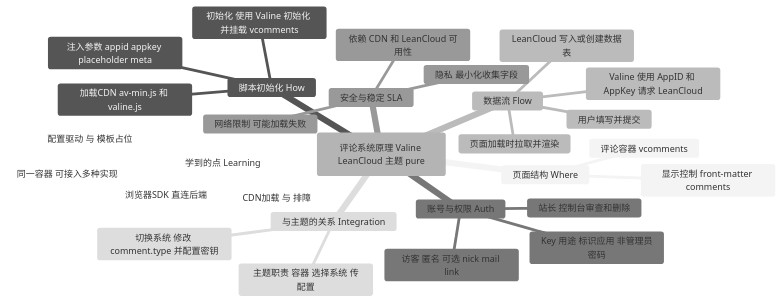
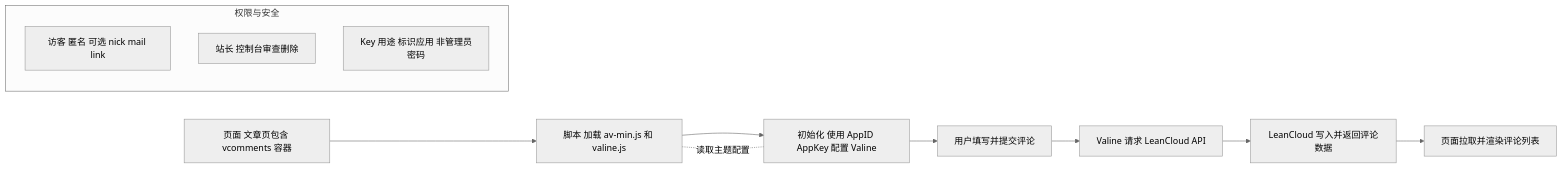
Before and after one commit to Jaxon1216/myblog: the diagram in source/_posts/blog-stuff.md, drawn with Mermaid (neutral theme). The commit also changed other lines of this file and 3 other files, not shown here.

````diff
--- a/source/_posts/blog-stuff.md
+++ b/source/_posts/blog-stuff.md
@@ -252,32 +252,15 @@
 ```mermaid
-mindmap
-  root(评论系统原理 Valine LeanCloud 主题 pure)
-    页面结构 Where
-      评论容器 vcomments
-      显示控制 front-matter comments
-    脚本初始化 How
-      加载CDN av-min.js 和 valine.js
-      注入参数 appid appkey placeholder meta
-      初始化 使用 Valine 初始化 并挂载 vcomments
-    数据流 Flow
-      用户填写并提交
-      Valine 使用 AppID 和 AppKey 请求 LeanCloud
-      LeanCloud 写入或创建数据表
-      页面加载时拉取并渲染
-    账号与权限 Auth
-      访客 匿名 可选 nick mail link
-      站长 控制台审查和删除
-      Key 用途 标识应用 非管理员密码
-    安全与稳定 SLA
-      依赖 CDN 和 LeanCloud 可用性
-      网络限制 可能加载失败
-      隐私 最小化收集字段
-    与主题的关系 Integration
-      主题职责 容器 选择系统 传配置
-      切换系统 修改 comment.type 并配置密钥
-    学到的点 Learning
-      配置驱动 与 模板占位
-      浏览器SDK 直连后端
-      CDN加载 与 排障
-      同一容器 可接入多种实现
+flowchart LR
+  A[页面 文章页包含 vcomments 容器] --> B[脚本 加载 av-min.js 和 valine.js]
+  B --> C[初始化 使用 AppID AppKey 配置 Valine]
+  C --> D[用户填写并提交评论]
+  D --> E[Valine 请求 LeanCloud API]
+  E --> F[LeanCloud 写入并返回评论数据]
+  F --> G[页面拉取并渲染评论列表]
+  subgraph 权限与安全
+    H[访客 匿名 可选 nick mail link]
+    I[站长 控制台审查删除]
+    J[Key 用途 标识应用 非管理员密码]
+  end
+  C -. 读取主题配置 .- B
 ```
````
